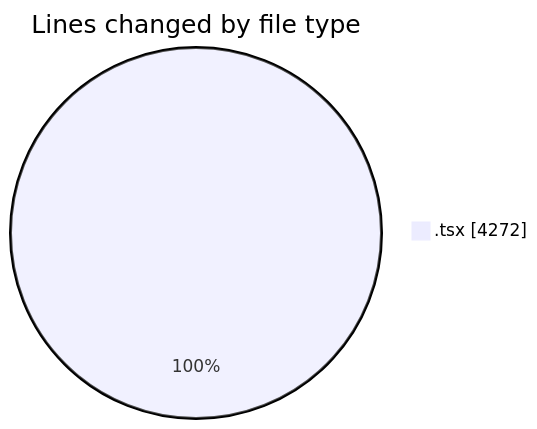
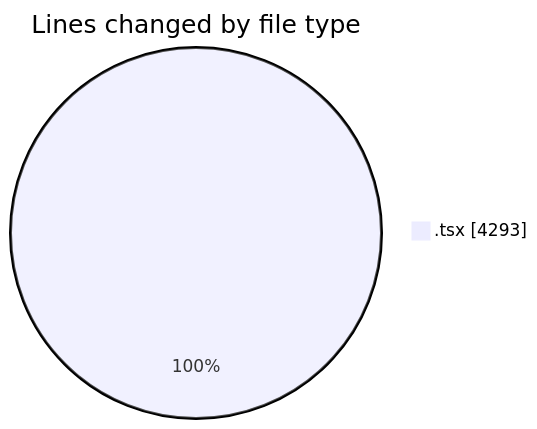
The first of 2 diagrams in 2026-03-05/nxtqube_webapp/README.md (nxtqubesakshisongat/code-tracking), drawn with Mermaid before and after one commit. The commit also changed other lines of this file and 1 other file, not shown here.

````diff
--- a/2026-03-05/nxtqube_webapp/README.md
+++ b/2026-03-05/nxtqube_webapp/README.md
@@ -23,5 +23,5 @@
 ```mermaid
 pie showData
 title Lines changed by file type
-".tsx" : 4272
+".tsx" : 4293
 ```
````
